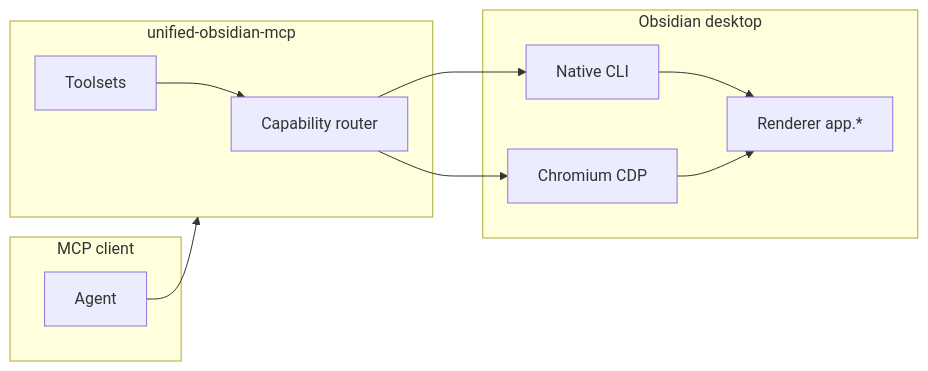
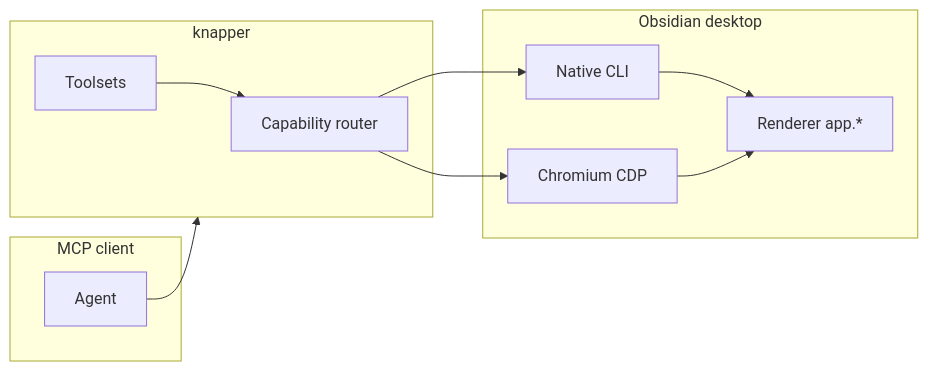
One commit to slate-rehm/knapper changed the diagram in README.md. Above: the diagram before and after it, drawn with Mermaid. The commit also changed other lines of this file and 50 other files, not shown here.

````diff
--- a/README.md
+++ b/README.md
@@ -18,21 +20,21 @@
 ```mermaid
 flowchart LR
   subgraph Client["MCP client"]
     AI[Agent]
   end
-  subgraph Server["unified-obsidian-mcp"]
+  subgraph Server["knapper"]
     R[Capability router]
     T[Toolsets]
   end
   subgraph Obsidian["Obsidian desktop"]
     CLI[Native CLI]
     CDP[Chromium CDP]
     APP[Renderer app.*]
   end
   AI --> Server
   R --> CLI
   R --> CDP
   CLI --> APP
   CDP --> APP
   T --> R
 ```
````
